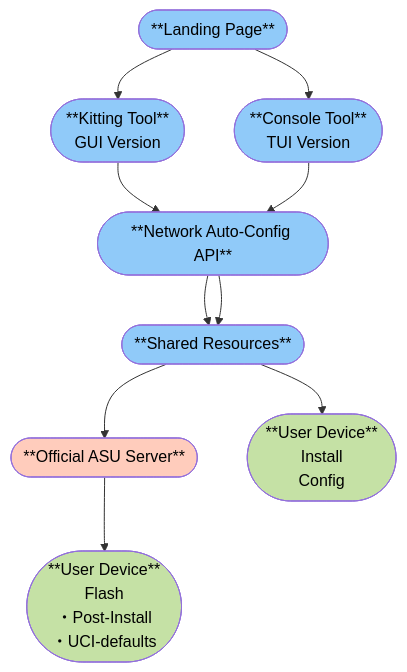
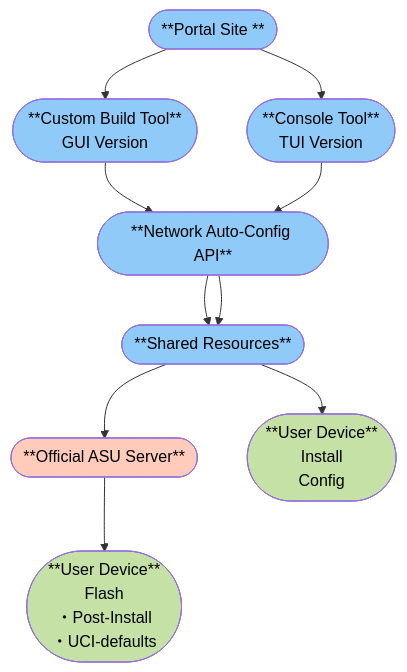
Before and after one commit to site-u2023/site-u2023.github.io: the diagram in README.md, drawn with Mermaid. The commit also changed other lines of this file, not shown here.

````diff
--- a/README.md
+++ b/README.md
@@ -18,60 +18,60 @@
 ```mermaid
 graph TB
 A([
-**Landing Page**
+**Portal Site **
 ])
     
 B([
-**Kitting Tool**
+**Custom Build Tool**
 GUI Version
 ])
 C([
 **Console Tool**
 TUI Version
 ])
     
 D([
 **Network Auto-Config API**
 ])
     
 F([
 **Shared Resources**
 
 ])
     
 E([
 **Official ASU Server**
 ])
     
 G1([
 **User Device**
 Flash
 ・Post-Install
 ・UCI-defaults
 ])
     
 G2([
 **User Device**
 Install
 Config
 ])
     
     A --> B
     A --> C
     B --> D
     C --> D
     D --> F
     D --> F
     F --> E
     E --> G1
     F --> G2
     
     style A fill:#90caf9,color:#000
     style B fill:#90caf9,color:#000
     style C fill:#90caf9,color:#000
     style D fill:#90caf9,color:#000
     style E fill:#ffccbc,color:#000
     style F fill:#90caf9,color:#000
     style G1 fill:#c5e1a5,color:#000
     style G2 fill:#c5e1a5,color:#000
 ```
````
